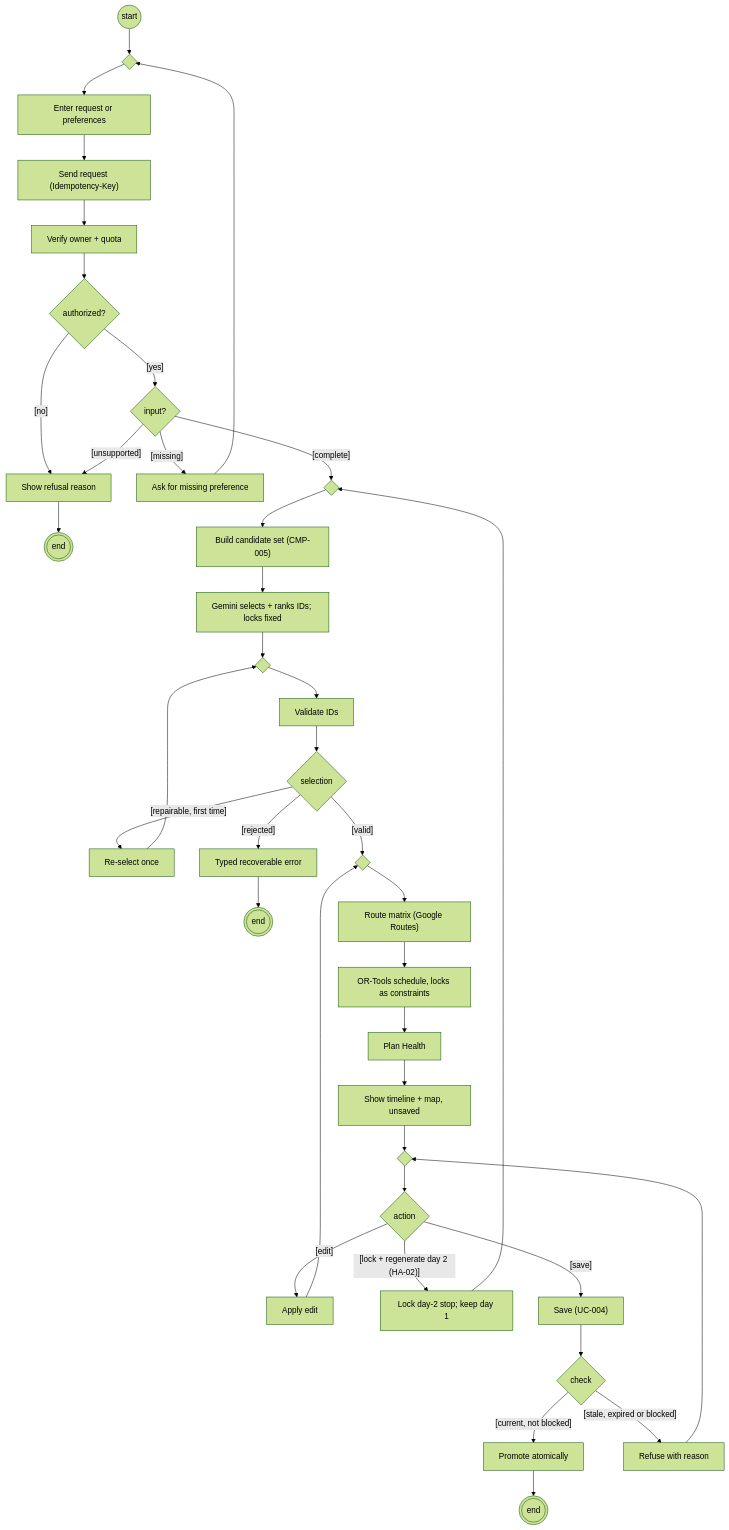
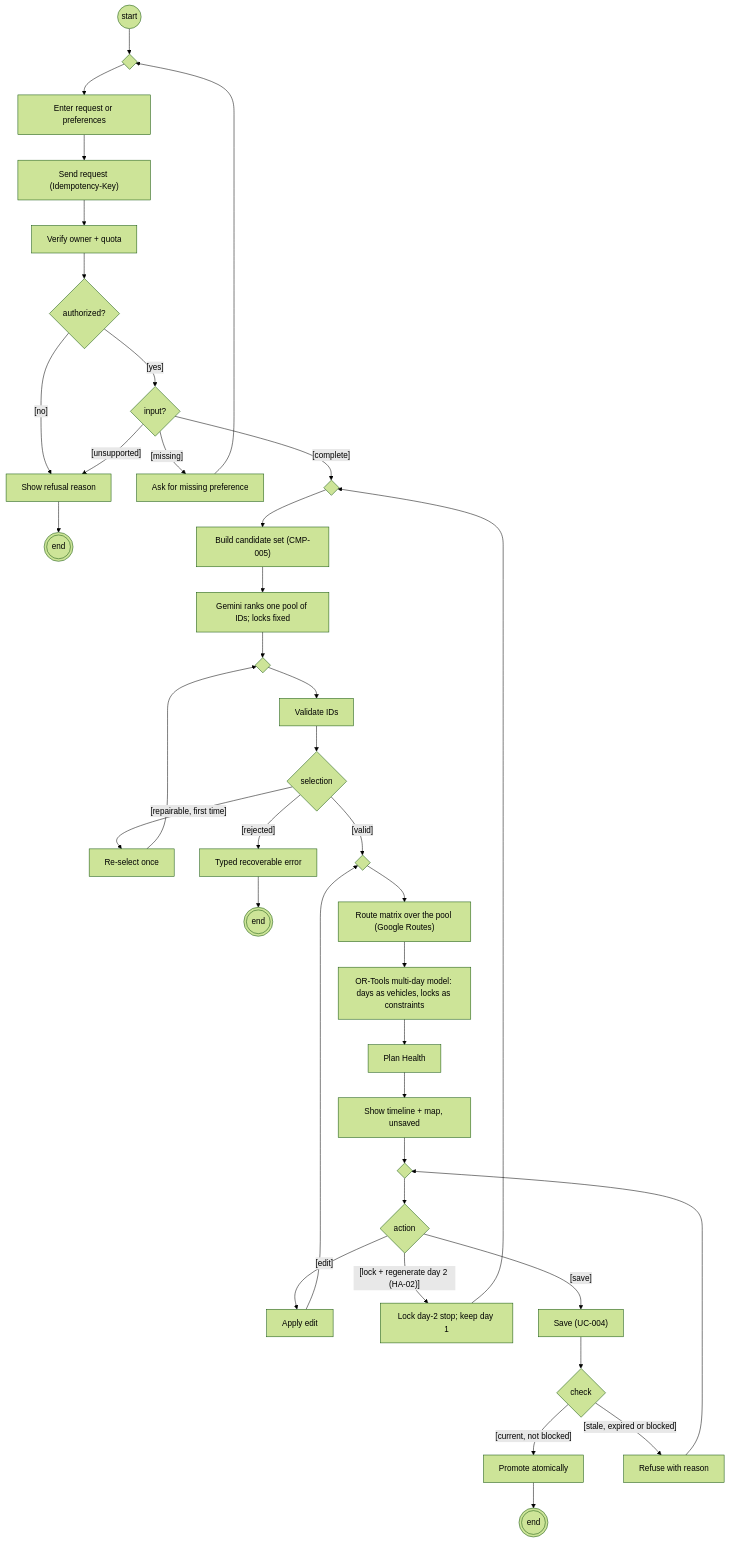
The eighth of 10 diagrams in docs/04-design/diagrams/README.md (lnt-h/fyp_dana), drawn with Mermaid (forest theme) before and after one commit. The commit also changed other lines of this file and 19 other files, not shown here.

First line of the commit message:
docs(design): align AI design — two-tier Guide evidence, multi-day OR-Tools model, embeddings on write

````diff
--- a/docs/04-design/diagrams/README.md
+++ b/docs/04-design/diagrams/README.md
@@ -295,17 +296,17 @@
 ```mermaid
 flowchart TD
     i((start)) --> m0{" "} --> a1["Enter request or preferences"] --> a2["Send request (Idempotency-Key)"] --> a3["Verify owner + quota"] --> d1{authorized?}
     d1 -->|"[no]"| ref["Show refusal reason"] --> f1(((end)))
     d1 -->|"[yes]"| d2{input?}
     d2 -->|"[unsupported]"| ref
     d2 -->|"[missing]"| ask["Ask for missing preference"] --> m0
-    d2 -->|"[complete]"| m1{" "} --> cand["Build candidate set (CMP-005)"] --> sel["Gemini selects + ranks IDs; locks fixed"] --> m2{" "} --> val["Validate IDs"] --> d3{selection}
+    d2 -->|"[complete]"| m1{" "} --> cand["Build candidate set (CMP-005)"] --> sel["Gemini ranks one pool of IDs; locks fixed"] --> m2{" "} --> val["Validate IDs"] --> d3{selection}
     d3 -->|"[repairable, first time]"| rep["Re-select once"] --> m2
     d3 -->|"[rejected]"| err["Typed recoverable error"] --> f2(((end)))
-    d3 -->|"[valid]"| m4{" "} --> rt["Route matrix (Google Routes)"] --> sch["OR-Tools schedule, locks as constraints"] --> ph["Plan Health"] --> show["Show timeline + map, unsaved"] --> m5{" "} --> d4{action}
+    d3 -->|"[valid]"| m4{" "} --> rt["Route matrix over the pool (Google Routes)"] --> sch["OR-Tools multi-day model: days as vehicles, locks as constraints"] --> ph["Plan Health"] --> show["Show timeline + map, unsaved"] --> m5{" "} --> d4{action}
     d4 -->|"[edit]"| ed["Apply edit"] --> m4
     d4 -->|"[lock + regenerate day 2 (HA-02)]"| lk["Lock day-2 stop; keep day 1"] --> m1
     d4 -->|"[save]"| sv["Save (UC-004)"] --> d5{check}
     d5 -->|"[current, not blocked]"| pr["Promote atomically"] --> f3(((end)))
     d5 -->|"[stale, expired or blocked]"| rf["Refuse with reason"] --> m5
 ```
````
